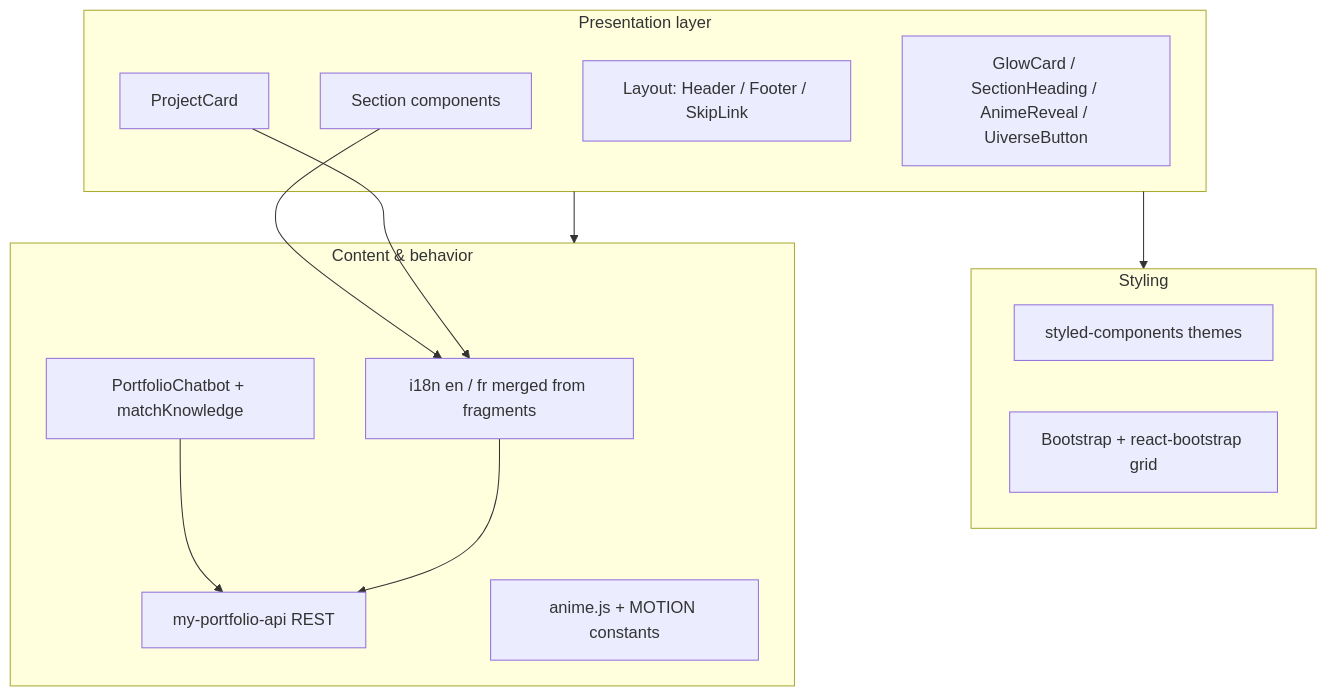
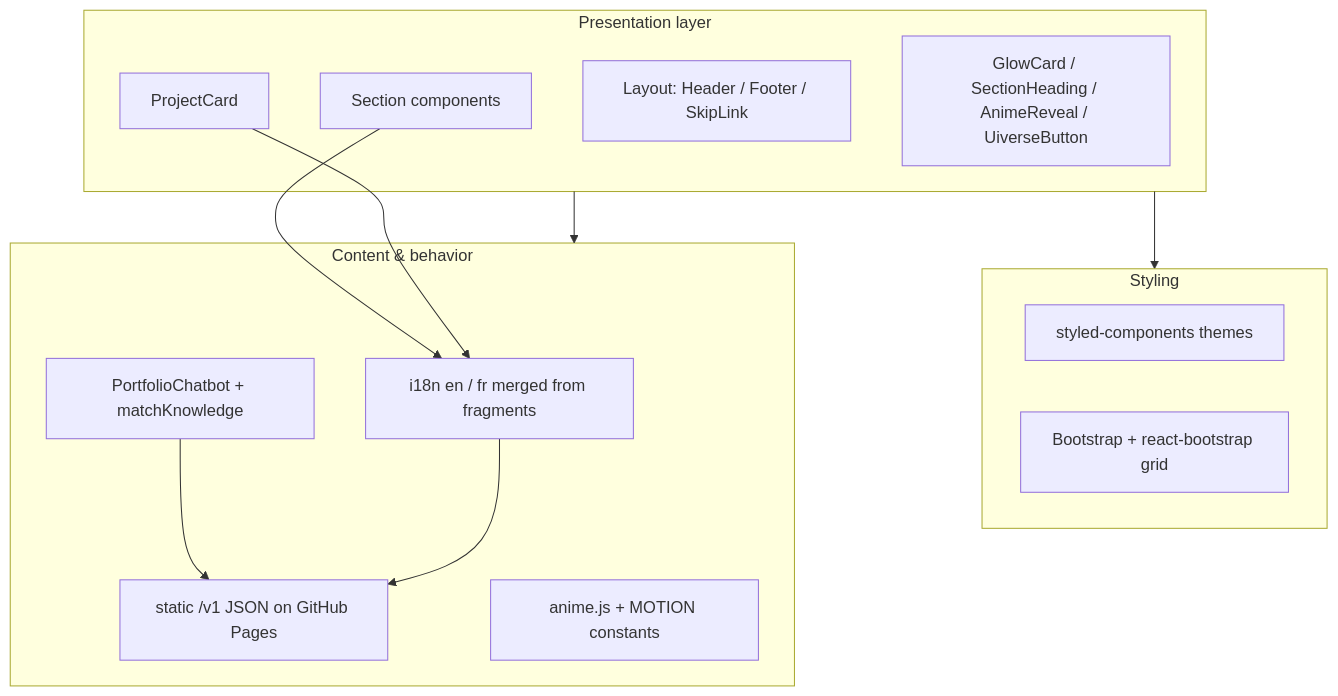
The third of 5 diagrams in README.md (kdutta25/my-portfolio), drawn with Mermaid before and after one commit. The commit also changed other lines of this file and 11 other files, not shown here.

First line of the commit message:
Serve portfolio content as static /v1 files on GitHub Pages.

````diff
--- a/README.md
+++ b/README.md
@@ -158,28 +158,28 @@
 ```mermaid
 flowchart TB
   subgraph presentation["Presentation layer"]
     SEC[Section components]
     PC[ProjectCard]
     LAY[Layout: Header / Footer / SkipLink]
     UI[GlowCard / SectionHeading / AnimeReveal / UiverseButton]
   end
 
   subgraph styling["Styling"]
     SC[styled-components themes]
     BS[Bootstrap + react-bootstrap grid]
   end
 
   subgraph content["Content & behavior"]
     L10n[i18n en / fr merged from fragments]
     CHAT[PortfolioChatbot + matchKnowledge]
-    API[my-portfolio-api REST]
+    API[static /v1 JSON on GitHub Pages]
     MOTION[anime.js + MOTION constants]
   end
 
   presentation --> styling
   presentation --> content
   CHAT --> API
   SEC --> L10n
   PC --> L10n
   L10n --> API
 ```
````
